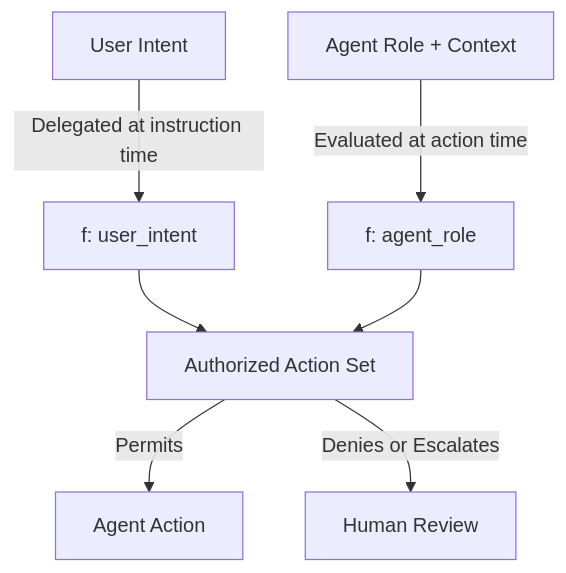
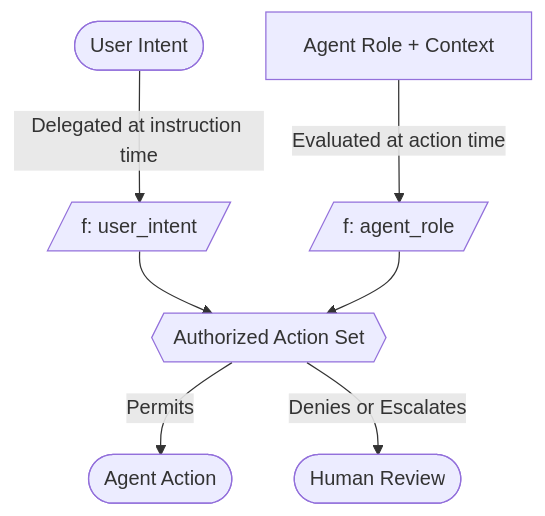
Before and after one commit to CyberdaemonAI/cyberdaemon-site: the third of 3 diagrams in src/content/analysis/human-above-the-loop.mdx, drawn with Mermaid. The commit also changed other lines of this file and 23 other files, not shown here.

First line of the commit message:
style(diagrams): retrofit all mermaid diagrams to flowchart syntax site-wide

````diff
--- a/src/content/analysis/human-above-the-loop.mdx
+++ b/src/content/analysis/human-above-the-loop.mdx
@@ -219,9 +219,9 @@
 ```mermaid
-graph TB
-    USER[User Intent] -->|Delegated at instruction time| INTENT[f: user_intent]
-    AGENT_ROLE[Agent Role + Context] -->|Evaluated at action time| ROLE[f: agent_role]
-    INTENT --> INTERSECTION[Authorized Action Set]
+flowchart TB
+    USER([User Intent]) -->|Delegated at instruction time| INTENT[/f: user_intent/]
+    AGENT_ROLE[Agent Role + Context] -->|Evaluated at action time| ROLE[/f: agent_role/]
+    INTENT --> INTERSECTION{{Authorized Action Set}}
     ROLE --> INTERSECTION
-    INTERSECTION -->|Permits| ACTION[Agent Action]
-    INTERSECTION -->|Denies or Escalates| ESCALATION[Human Review]
+    INTERSECTION -->|Permits| ACTION([Agent Action])
+    INTERSECTION -->|Denies or Escalates| ESCALATION([Human Review])
 ```
````
